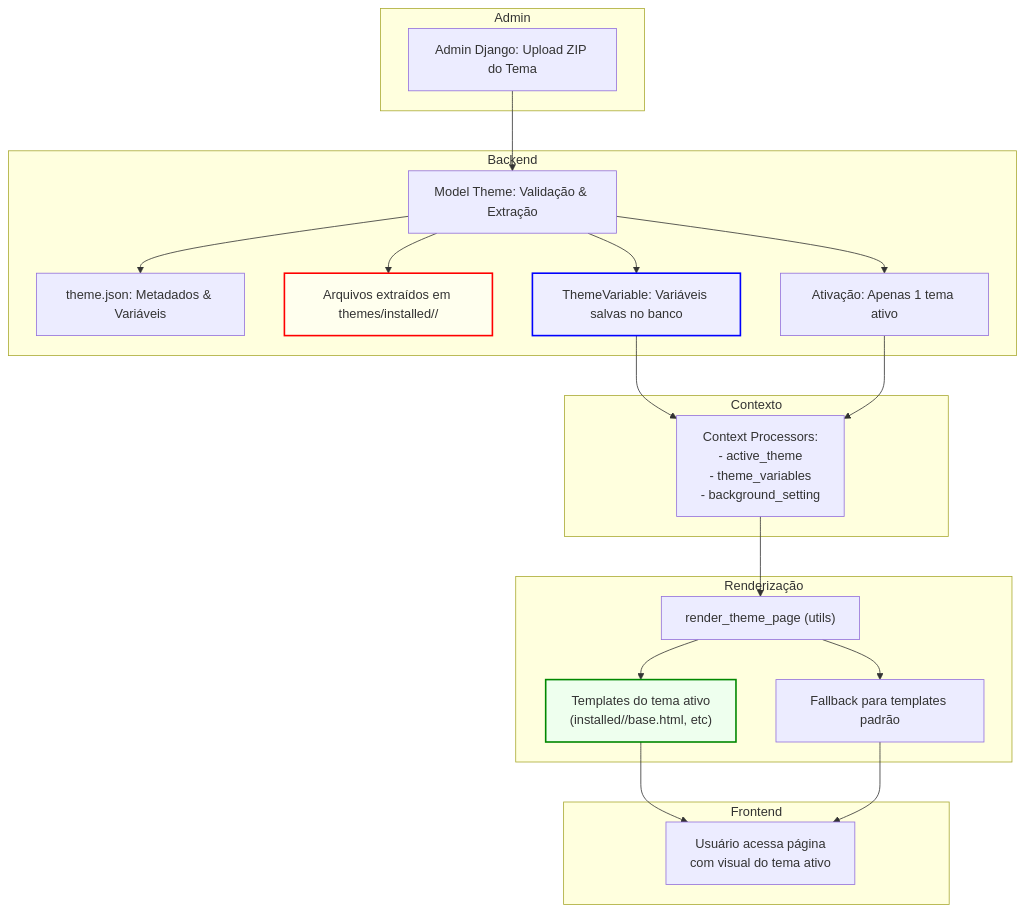
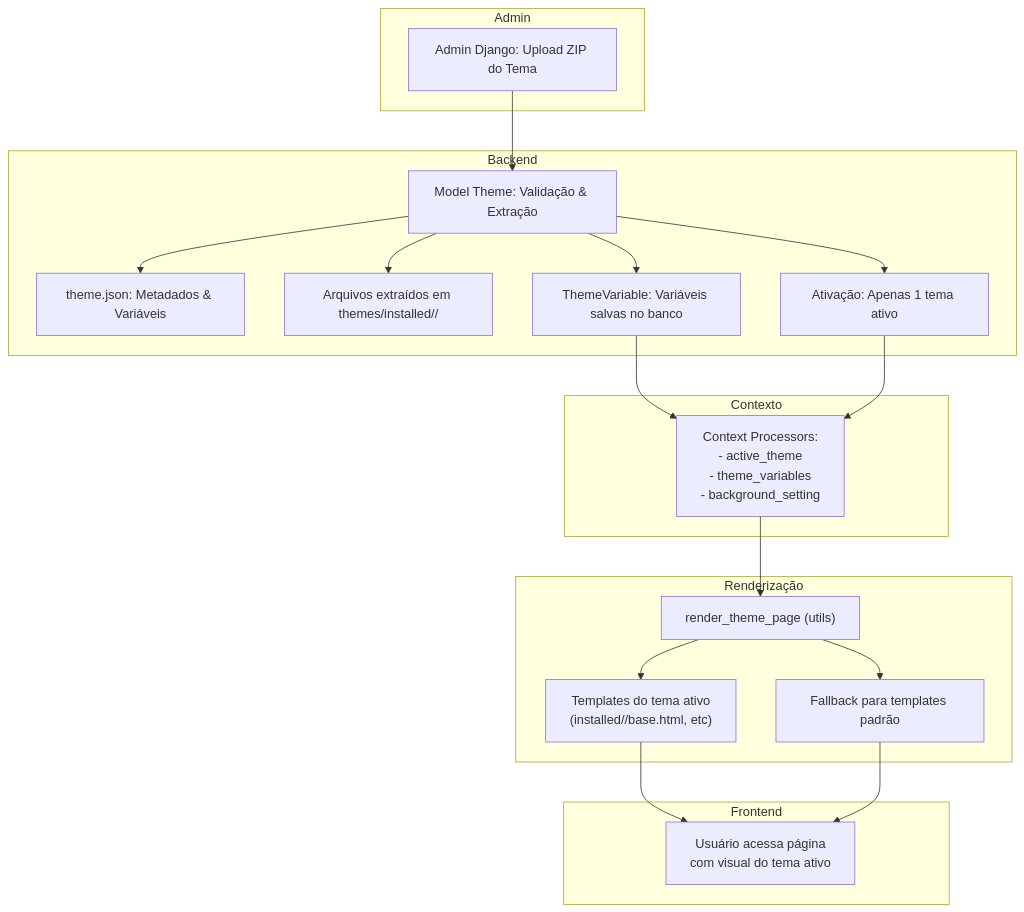
Before and after one commit to jacksonfelipe/lineage: the diagram in docs/THEMES_DIAGRAMA.md, drawn with Mermaid. The commit also changed 1 other file, not shown here.

Commit message:
ajuste cores

````diff
--- a/docs/THEMES_DIAGRAMA.md
+++ b/docs/THEMES_DIAGRAMA.md
@@ -5,41 +5,37 @@
 ```mermaid
 flowchart TD
     subgraph Admin
         A["Admin Django: Upload ZIP do Tema"]
     end
     subgraph Backend
         B["Model Theme: Validação & Extração"]
         C["theme.json: Metadados & Variáveis"]
         D["Arquivos extraídos em themes/installed/<slug>/"]
         E["Ativação: Apenas 1 tema ativo"]
         F["ThemeVariable: Variáveis salvas no banco"]
     end
     subgraph Contexto
         G["Context Processors:\n- active_theme\n- theme_variables\n- background_setting"]
     end
     subgraph Renderização
         H["render_theme_page (utils)"]
         I["Templates do tema ativo\n(installed/<slug>/base.html, etc)"]
         J["Fallback para templates padrão"]
     end
     subgraph Frontend
         K["Usuário acessa página\ncom visual do tema ativo"]
     end
 
     A --> B
     B --> C
     B --> D
     B --> F
     B --> E
     F --> G
     E --> G
     G --> H
     H --> I
     H --> J
     I --> K
     J --> K
-
-    style D fill:#ffe,stroke:#f00,stroke-width:2px;
-    style I fill:#efe,stroke:#080,stroke-width:2px;
-    style F fill:#eef,stroke:#00f,stroke-width:2px;
 ```
````
